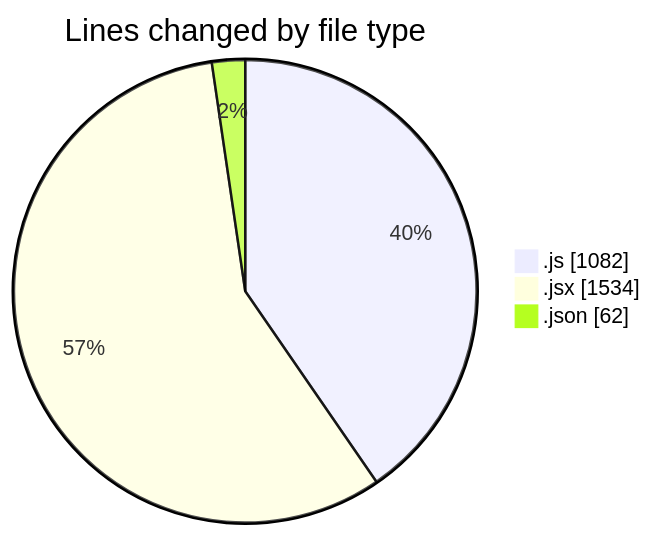
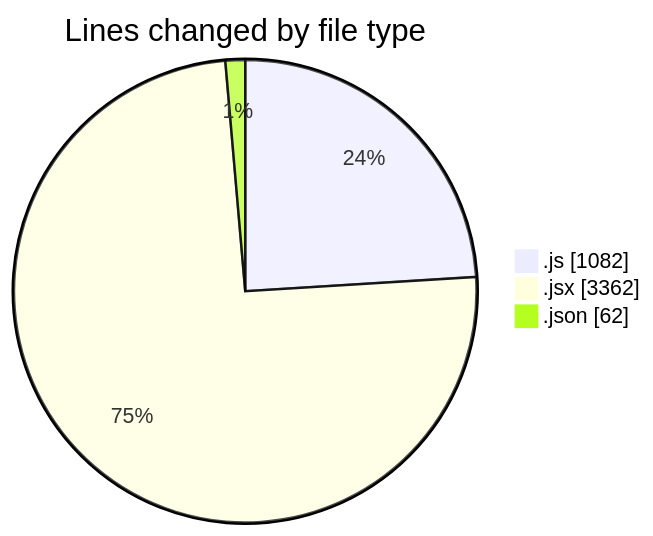
Before and after one commit to nxtqubesakshisongat/code-tracking: the first of 2 diagrams in 2025-08-07/nxtqube_webapp/README.md, drawn with Mermaid. The commit also changed other lines of this file and 1 other file, not shown here.

````diff
--- a/2025-08-07/nxtqube_webapp/README.md
+++ b/2025-08-07/nxtqube_webapp/README.md
@@ -25,7 +25,7 @@
 ```mermaid
 pie showData
 title Lines changed by file type
 ".js" : 1082
-".jsx" : 1534
+".jsx" : 3362
 ".json" : 62
 ```
````
